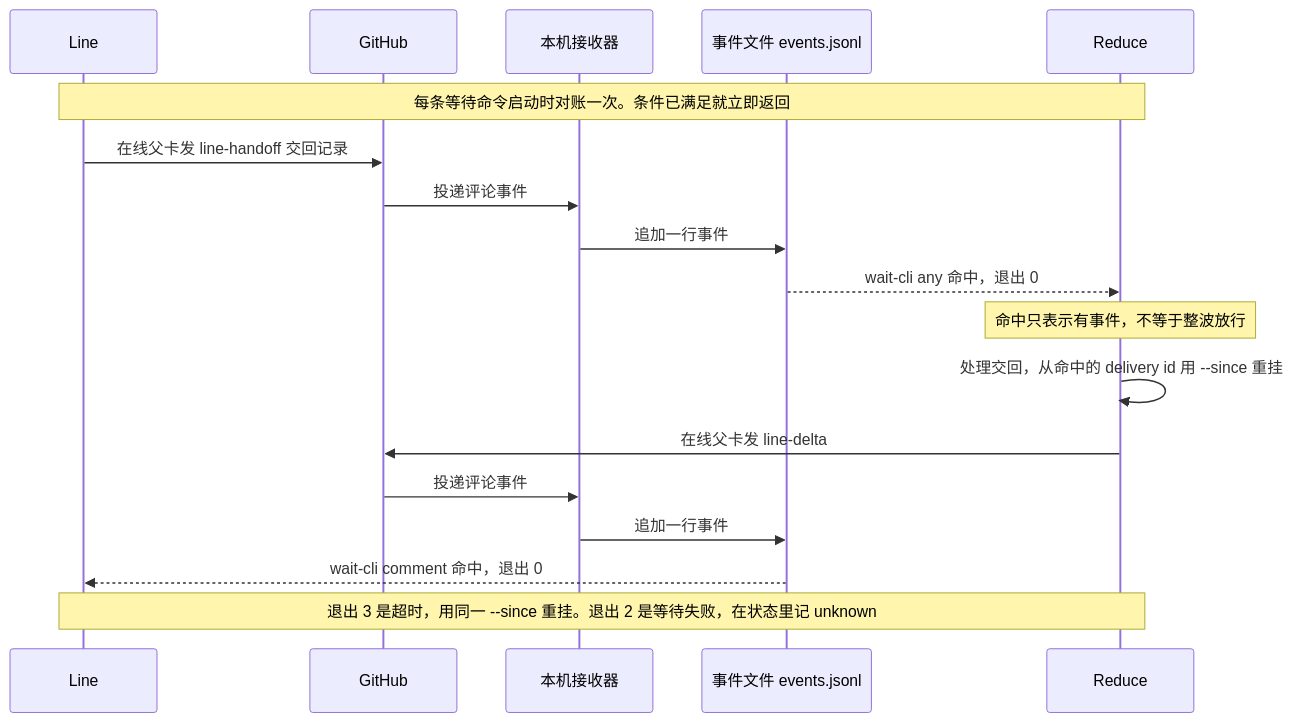
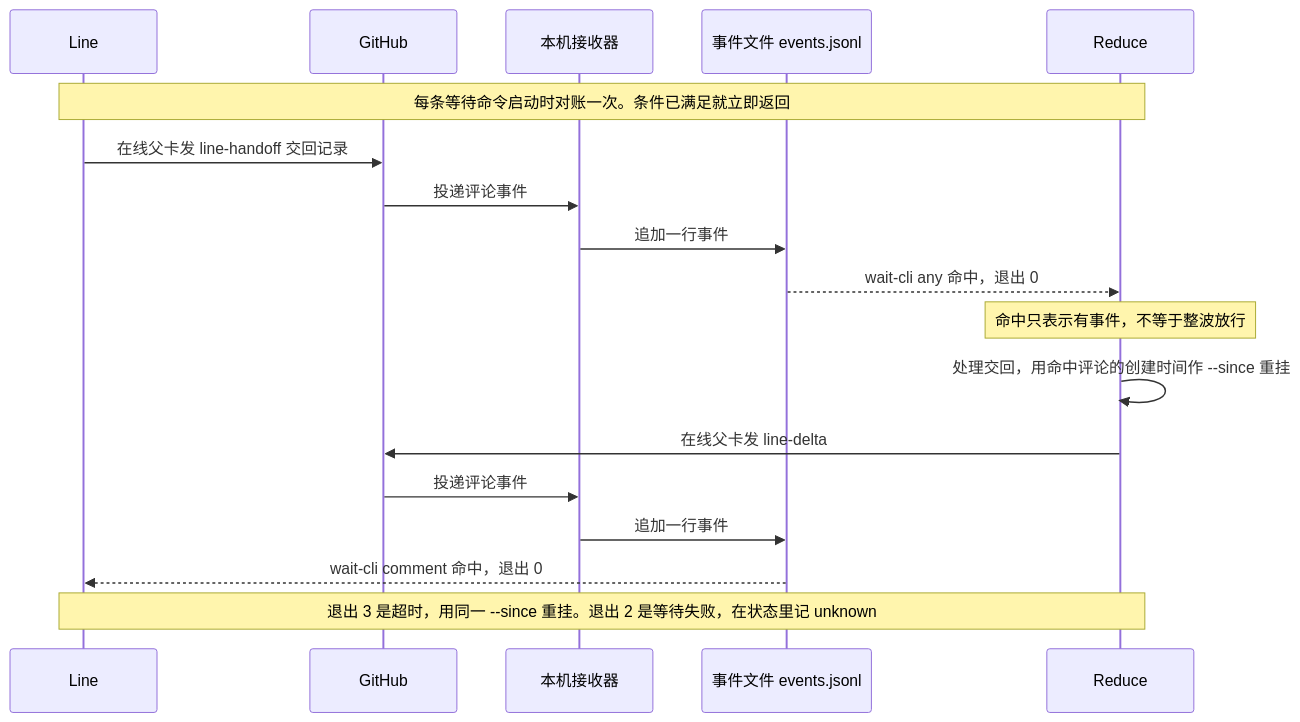
One commit to nemori-ai/omne-harness-lite changed the second of 2 diagrams in docs/engineering/integration.md. Above: the diagram before and after it, drawn with Mermaid. The commit also changed other lines of this file and 11 other files, not shown here.

````diff
--- a/docs/engineering/integration.md
+++ b/docs/engineering/integration.md
@@ -418,20 +418,20 @@
 ```mermaid
 sequenceDiagram
   participant L as Line
   participant G as GitHub
   participant R as 本机接收器
   participant E as 事件文件 events.jsonl
   participant D as Reduce
   Note over L,D: 每条等待命令启动时对账一次。条件已满足就立即返回
   L->>G: 在线父卡发 line-handoff 交回记录
   G->>R: 投递评论事件
   R->>E: 追加一行事件
   E-->>D: wait-cli any 命中，退出 0
   Note over D: 命中只表示有事件，不等于整波放行
-  D->>D: 处理交回，从命中的 delivery id 用 --since 重挂
+  D->>D: 处理交回，用命中评论的创建时间作 --since 重挂
   D->>G: 在线父卡发 line-delta
   G->>R: 投递评论事件
   R->>E: 追加一行事件
   E-->>L: wait-cli comment 命中，退出 0
   Note over L,D: 退出 3 是超时，用同一 --since 重挂。退出 2 是等待失败，在状态里记 unknown
 ```
````
